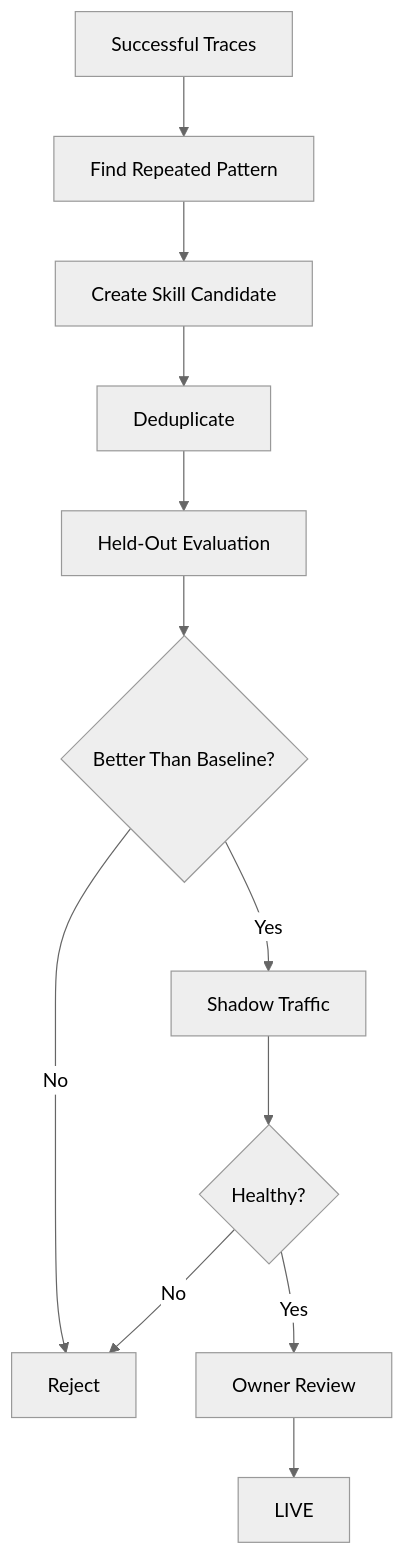
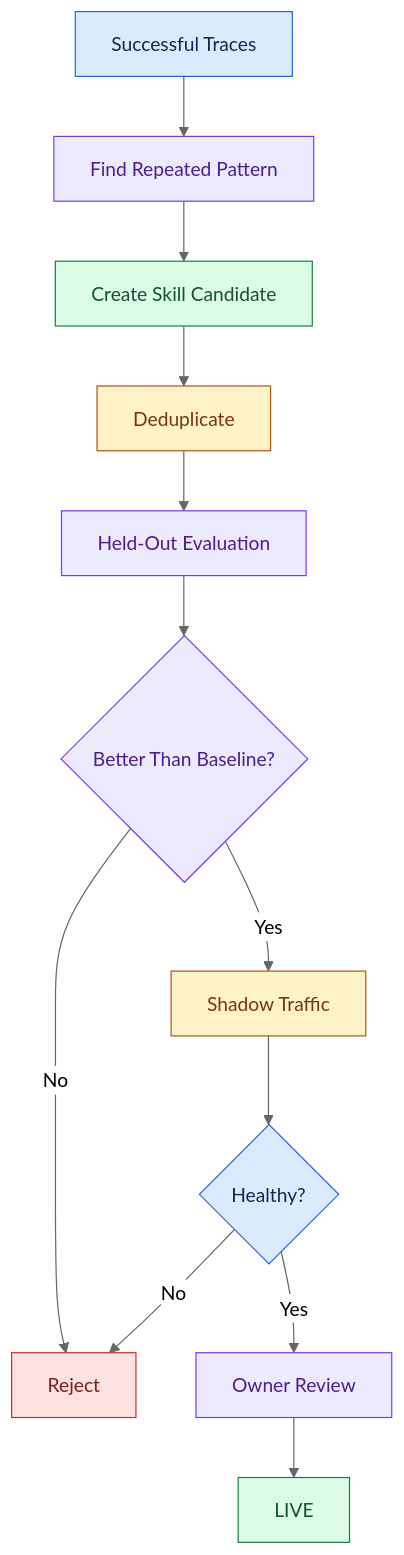
One commit to Sourav692/Forward-Deployed-Engineer-Interview-Prep changed diagram 15 of 34 in 02_System_Design_Case_Studies/Standalone_Designs/80_Self_Adapting_Agent/2_Answer_Template/80_Answer_Template.md. Above: the diagram before and after it, drawn with Mermaid (neutral theme). The commit also changed other lines of this file and 1268 other files, not shown here.

First line of the commit message:
content: polish Casebook writing and Mermaid diagrams (#251)

````diff
--- a/02_System_Design_Case_Studies/Standalone_Designs/80_Self_Adapting_Agent/2_Answer_Template/80_Answer_Template.md
+++ b/02_System_Design_Case_Studies/Standalone_Designs/80_Self_Adapting_Agent/2_Answer_Template/80_Answer_Template.md
@@ -589,14 +729,26 @@
 ```mermaid
 flowchart TD
     A[Successful Traces] --> B[Find Repeated Pattern]
     B --> C[Create Skill Candidate]
     C --> D[Deduplicate]
     D --> E[Held-Out Evaluation]
     E --> F{Better Than Baseline?}
     F -->|No| G[Reject]
     F -->|Yes| H[Shadow Traffic]
     H --> I{Healthy?}
     I -->|No| G
     I -->|Yes| J[Owner Review]
     J --> K[LIVE]
+
+    %% Casebook colours: entry, reasoning, results, controls, and stopped paths.
+    classDef cbInput fill:#dbeafe,stroke:#2563eb,color:#172554
+    class A,I cbInput
+    classDef cbReason fill:#ede9fe,stroke:#7c3aed,color:#4c1d95
+    class B,E,F,J cbReason
+    classDef cbAction fill:#dcfce7,stroke:#15803d,color:#14532d
+    class C,K cbAction
+    classDef cbPolicy fill:#fef3c7,stroke:#b45309,color:#78350f
+    class D,H cbPolicy
+    classDef cbStop fill:#fee2e2,stroke:#dc2626,color:#7f1d1d
+    class G cbStop
 ```
````
